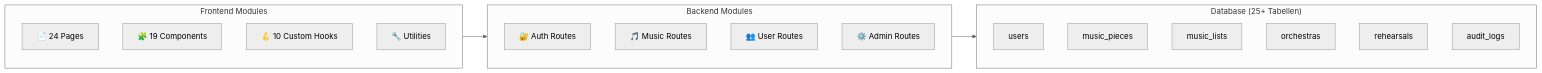
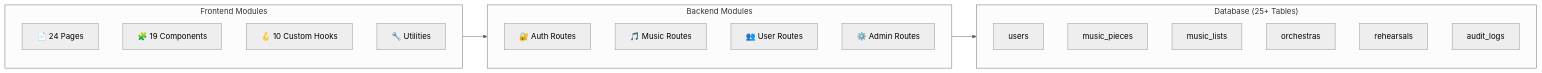
One commit to ruudsl/tutti changed the second of 2 diagrams in README.md. Above: the diagram before and after it, drawn with Mermaid (neutral theme). The commit also changed other lines of this file and 1 other file, not shown here.

````diff
--- a/README.md
+++ b/README.md
@@ -93,28 +95,28 @@
 ```mermaid
 flowchart LR
     subgraph FE["Frontend Modules"]
         Pages["📄 24 Pages"]
         Components["🧩 19 Components"]
         Hooks["🪝 10 Custom Hooks"]
         Utils["🔧 Utilities"]
     end
 
     subgraph BE["Backend Modules"]
         AuthRoutes["🔐 Auth Routes"]
         MusicRoutes["🎵 Music Routes"]
         UserRoutes["👥 User Routes"]
         AdminRoutes["⚙️ Admin Routes"]
     end
 
-    subgraph DB["Database (25+ Tabellen)"]
+    subgraph DB["Database (25+ Tables)"]
         Users["users"]
         Music["music_pieces"]
         Lists["music_lists"]
         Orchestras["orchestras"]
         Rehearsals["rehearsals"]
         AuditLogs["audit_logs"]
     end
 
     FE --> BE
     BE --> DB
 ```
````
